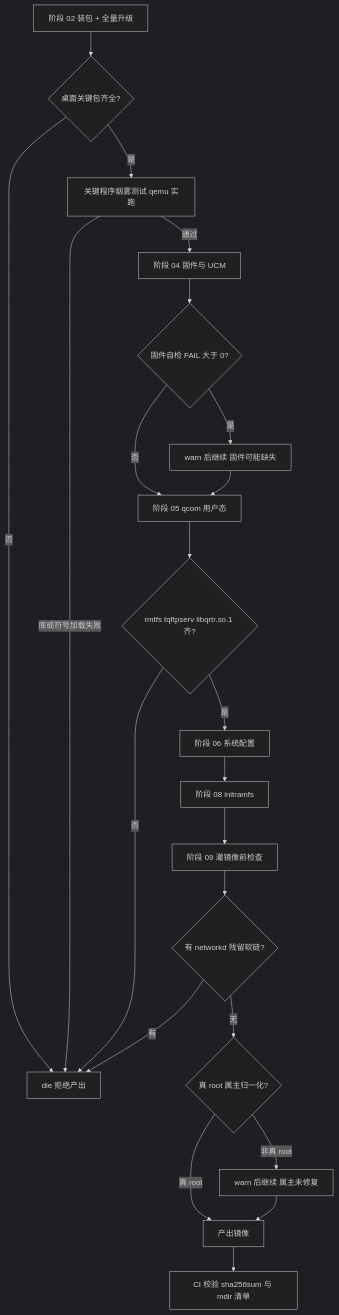
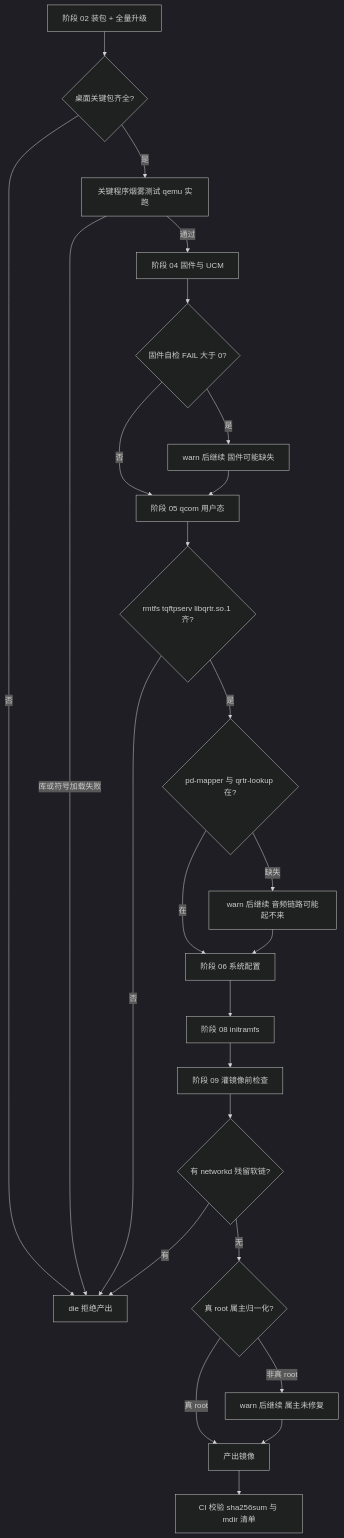
Before and after one commit to Winter21c/archlinux-xiaomi-raphael: the first of 2 diagrams in openwiki/concepts/failure-modes-and-invariants.md, drawn with Mermaid (dark theme). The commit also changed other lines of this file and 12 other files, not shown here.

````diff
--- a/openwiki/concepts/failure-modes-and-invariants.md
+++ b/openwiki/concepts/failure-modes-and-invariants.md
@@ -41,24 +47,27 @@
 ```mermaid
 flowchart TD
   A["阶段 02 装包 + 全量升级"] --> B{"桌面关键包齐全?"}
   B -->|否| X["die 拒绝产出"]
   B -->|是| C["关键程序烟雾测试 qemu 实跑"]
   C -->|库或符号加载失败| X
   C -->|通过| D["阶段 04 固件与 UCM"]
   D --> D2{"固件自检 FAIL 大于 0?"}
   D2 -->|是| W1["warn 后继续 固件可能缺失"]
   D2 -->|否| E["阶段 05 qcom 用户态"]
   W1 --> E
   E --> E2{"rmtfs tqftpserv libqrtr.so.1 齐?"}
   E2 -->|否| X
-  E2 -->|是| F["阶段 06 系统配置"]
+  E2 -->|是| E3{"pd-mapper 与 qrtr-lookup 在?"}
+  E3 -->|缺失| W3["warn 后继续 音频链路可能起不来"]
+  E3 -->|在| F["阶段 06 系统配置"]
+  W3 --> F
   F --> G["阶段 08 initramfs"]
   G --> H["阶段 09 灌镜像前检查"]
   H --> I{"有 networkd 残留软链?"}
   I -->|有| X
   I -->|无| J{"真 root 属主归一化?"}
   J -->|非真 root| W2["warn 后继续 属主未修复"]
   J -->|真 root| K["产出镜像"]
   W2 --> K
   K --> L["CI 校验 sha256sum 与 mdir 清单"]
 ```
````
